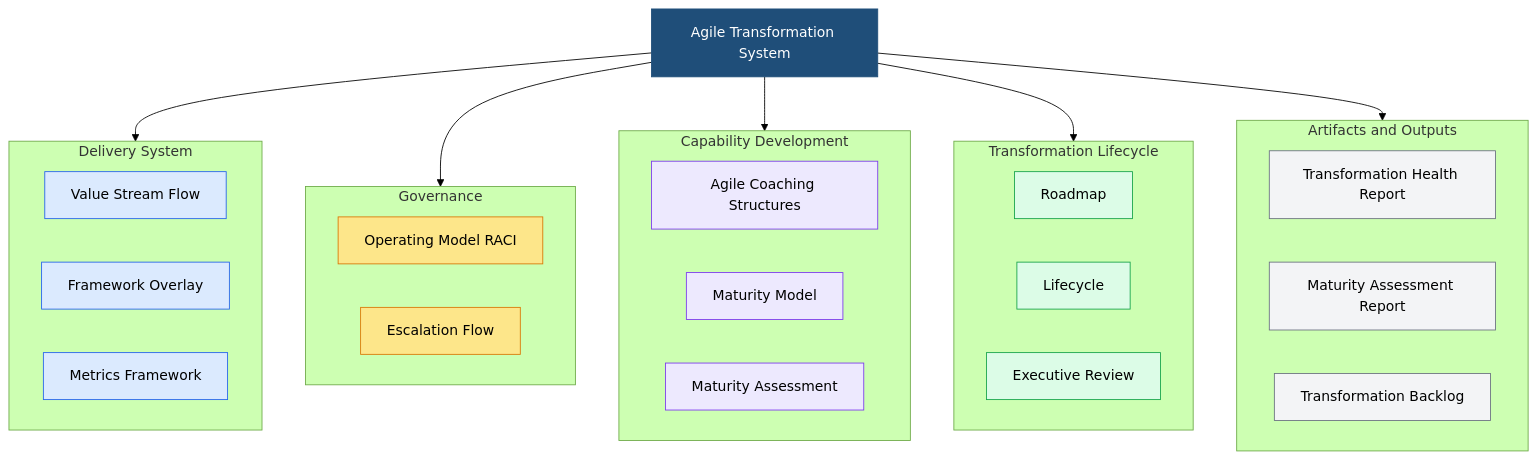
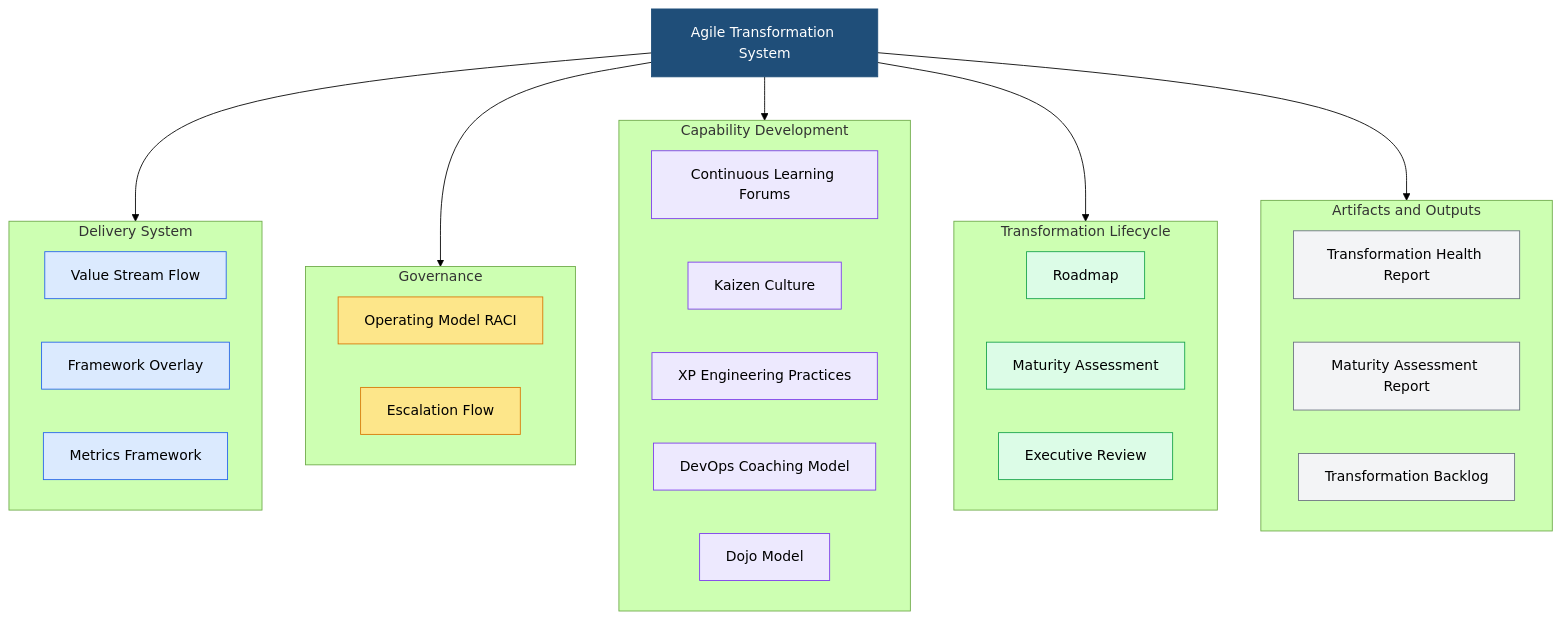
The diagram in docs/index.md (awsvkvims/agile-playbook), drawn with Mermaid (forest theme) before and after one commit. The commit also changed 3 other files, not shown here.

Commit message:
expand coaching strcutures to include dojo, devops, and engineering practice coaching

```diff
--- a/docs/index.md
+++ b/docs/index.md
@@ -22,56 +22,58 @@
 <div class="mermaid">
 flowchart TB
 
 A[Agile Transformation System]
 
 A --> B
 A --> C
 A --> D
 A --> E
 A --> F
 
 subgraph B[Delivery System]
 B1[Value Stream Flow]
 B2[Framework Overlay]
 B3[Metrics Framework]
 end
 
 subgraph C[Governance]
 C1[Operating Model RACI]
 C2[Escalation Flow]
 end
 
 subgraph D[Capability Development]
-D1[Agile Coaching Structures]
-D2[Maturity Model]
-D3[Maturity Assessment]
+D1[Continuous Learning Forums]
+D2[Kaizen Culture]
+D3[XP Engineering Practices]
+D4[DevOps Coaching Model]
+D5[Dojo Model]
 end
 
 subgraph E[Transformation Lifecycle]
 E1[Roadmap]
-E2[Lifecycle]
+E2[Maturity Assessment]
 E3[Executive Review]
 end
 
 subgraph F[Artifacts and Outputs]
 F1[Transformation Health Report]
 F2[Maturity Assessment Report]
 F3[Transformation Backlog]
 end
 
 classDef core fill:#1f4e79,color:#ffffff,stroke:#1f4e79;
 
 classDef delivery fill:#dbeafe,stroke:#2563eb,color:#000;
 classDef governance fill:#fde68a,stroke:#d97706,color:#000;
 classDef capability fill:#ede9fe,stroke:#7c3aed,color:#000;
 classDef lifecycle fill:#dcfce7,stroke:#16a34a,color:#000;
 classDef artifacts fill:#f3f4f6,stroke:#6b7280,color:#000;
 
 class A core
 
 class B1,B2,B3 delivery
 class C1,C2 governance
-class D1,D2,D3 capability
+class D1,D2,D3,D4,D5 capability
 class E1,E2,E3 lifecycle
 class F1,F2,F3 artifacts
 </div>
```
